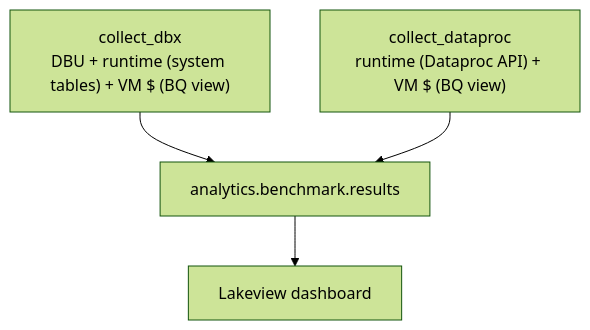
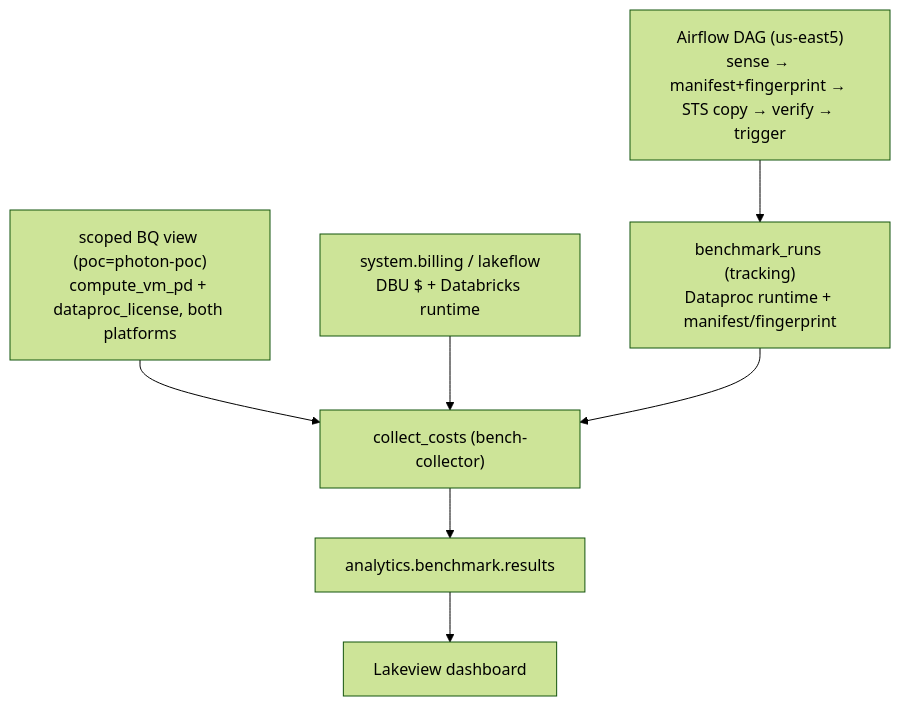
Before and after one commit to klevisa/shared-vpc-cmk-psc-databricks-deployment: the diagram in benchmark/README.md, drawn with Mermaid (forest theme). The commit also changed other lines of this file and 1 other file, not shown here.

First line of the commit message:
Rework benchmark phases 5-6 for Airflow orchestration + collector-only

````diff
--- a/benchmark/README.md
+++ b/benchmark/README.md
@@ -93,10 +124,15 @@
 ```mermaid
 flowchart TB
+    A["Airflow DAG (us-east5)<br/>sense → manifest+fingerprint → STS copy → verify → trigger"]
+    V["scoped BQ view (poc=photon-poc)<br/>compute_vm_pd + dataproc_license, both platforms"]
+    S["system.billing / lakeflow<br/>DBU $ + Databricks runtime"]
+    T["benchmark_runs (tracking)<br/>Dataproc runtime + manifest/fingerprint"]
+    C["collect_costs (bench-collector)"]
     R["analytics.benchmark.results"]
-    C1["collect_dbx<br/>DBU + runtime (system tables) + VM $ (BQ view)"]
-    C2["collect_dataproc<br/>runtime (Dataproc API) + VM $ (BQ view)"]
     D["Lakeview dashboard"]
-    C1 --> R
-    C2 --> R
-    R --> D
+    A --> T
+    V --> C
+    S --> C
+    T --> C
+    C --> R --> D
 ```
````
